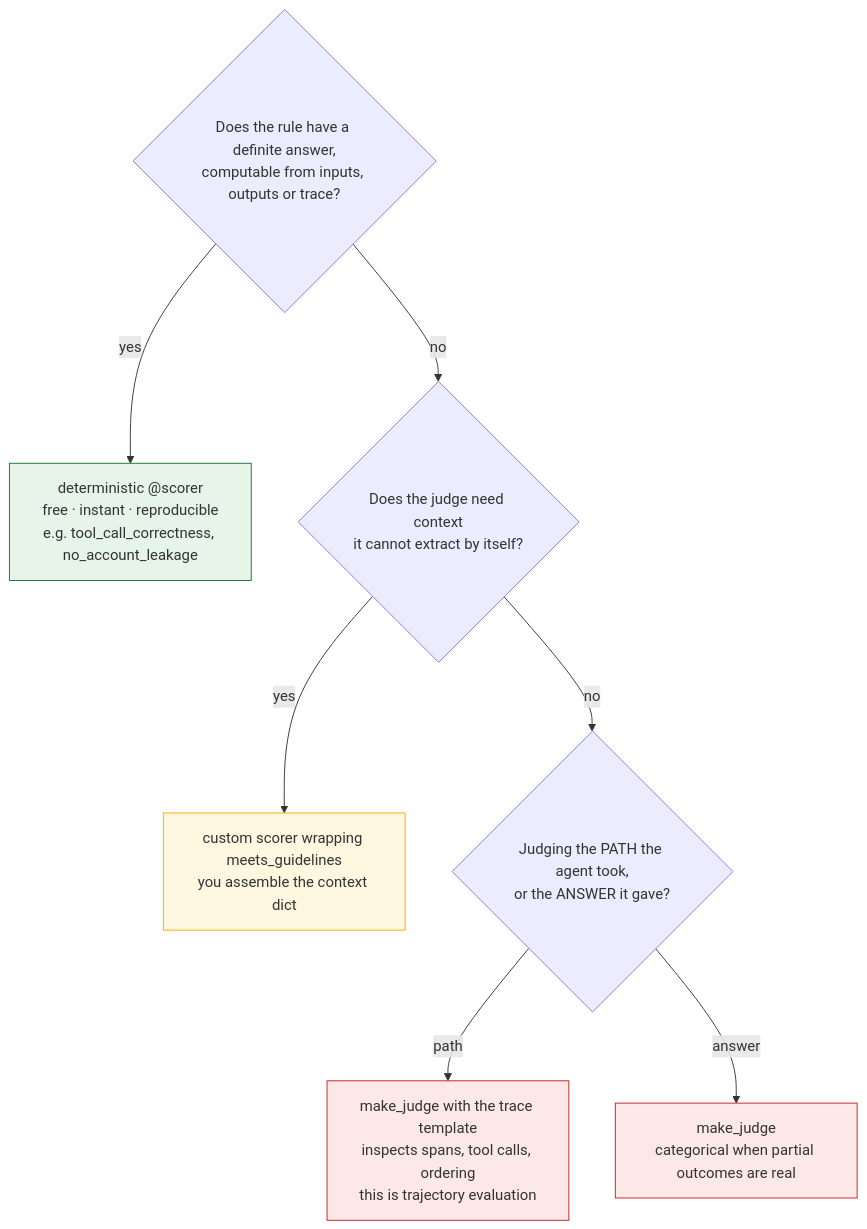
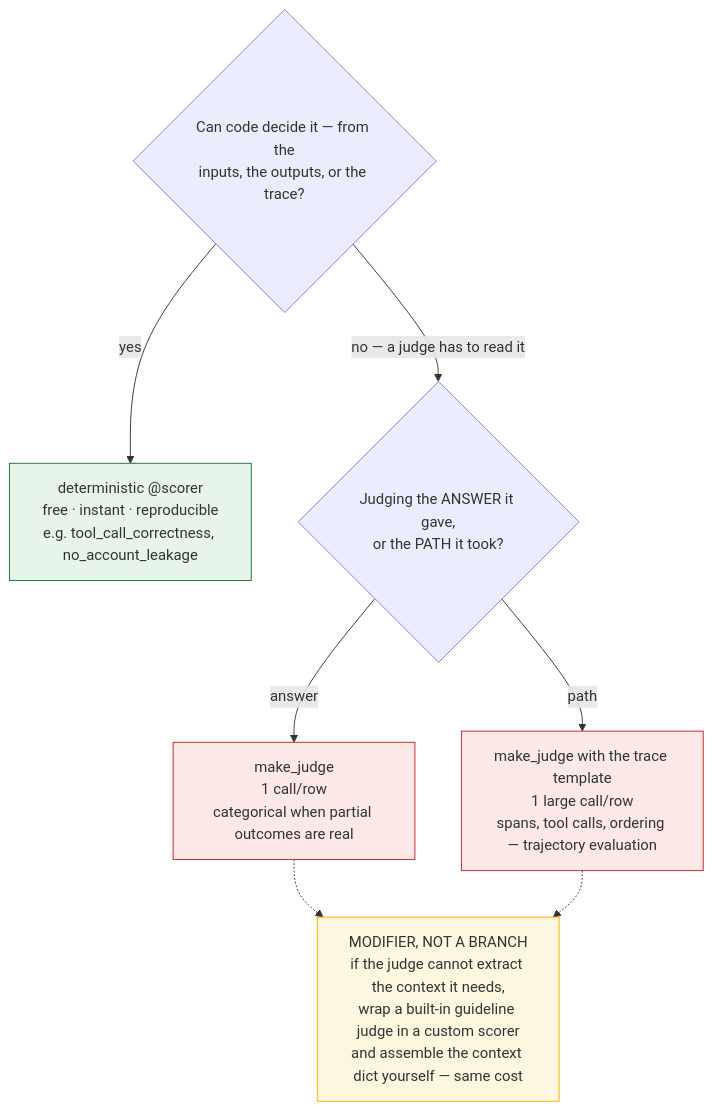
Before and after one commit to Sourav692/Agent_Evaluation_Demystified: the first of 2 diagrams in docs/concepts/databricks-mlflow-evals/QUICK_REFERENCE.md, drawn with Mermaid. The commit also changed other lines of this file and 11 other files, not shown here.

First line of the commit message:
Fix two eval-taxonomy diagrams that mixed axes, add a plain-language scorer section

````diff
--- a/docs/concepts/databricks-mlflow-evals/QUICK_REFERENCE.md
+++ b/docs/concepts/databricks-mlflow-evals/QUICK_REFERENCE.md
@@ -55,18 +55,19 @@
 ```mermaid
 flowchart TD
-    Q{"Does the rule have a definite answer,<br/>computable from inputs, outputs or trace?"}
+    Q{"Can code decide it — from the<br/>inputs, the outputs, or the trace?"}
 
     Q -- yes --> DET["deterministic @scorer<br/>free · instant · reproducible<br/>e.g. tool_call_correctness, no_account_leakage"]
-    Q -- no --> C{"Does the judge need context<br/>it cannot extract by itself?"}
+    Q -- "no — a judge has to read it" --> P{"Judging the ANSWER it gave,<br/>or the PATH it took?"}
 
-    C -- yes --> WRAP["custom scorer wrapping meets_guidelines<br/>you assemble the context dict"]
-    C -- no --> P{"Judging the PATH the agent took,<br/>or the ANSWER it gave?"}
+    P -- answer --> J["make_judge<br/>1 call/row<br/>categorical when partial outcomes are real"]
+    P -- path --> TJ["make_judge with the trace template<br/>1 large call/row<br/>spans, tool calls, ordering — trajectory evaluation"]
 
-    P -- path --> TJ["make_judge with the trace template<br/>inspects spans, tool calls, ordering<br/>this is trajectory evaluation"]
-    P -- answer --> J["make_judge<br/>categorical when partial outcomes are real"]
+    J -.-> WRAP
+    TJ -.-> WRAP
+    WRAP["MODIFIER, NOT A BRANCH<br/>if the judge cannot extract the context it needs,<br/>wrap a built-in guideline judge in a custom scorer<br/>and assemble the context dict yourself — same cost"]
 
     style DET fill:#e6f4ea,stroke:#137333
     style WRAP fill:#fef7e0,stroke:#f9ab00
     style TJ fill:#fce8e6,stroke:#c5221f
     style J fill:#fce8e6,stroke:#c5221f
 ```
````
